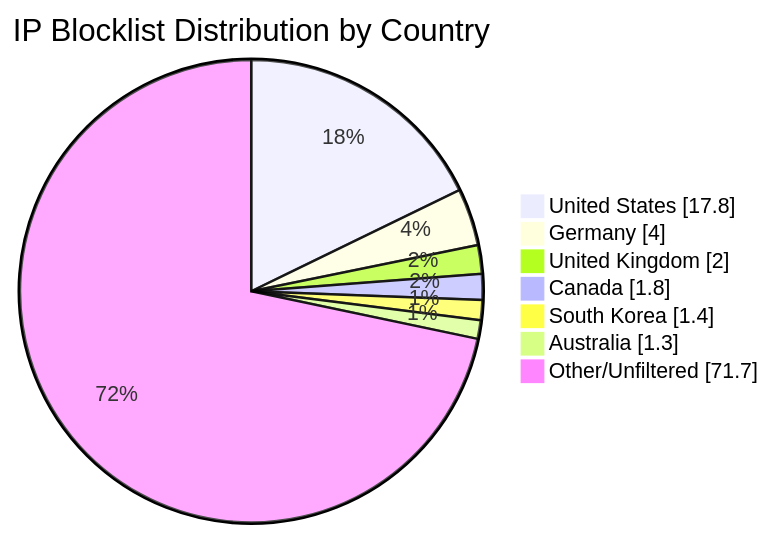
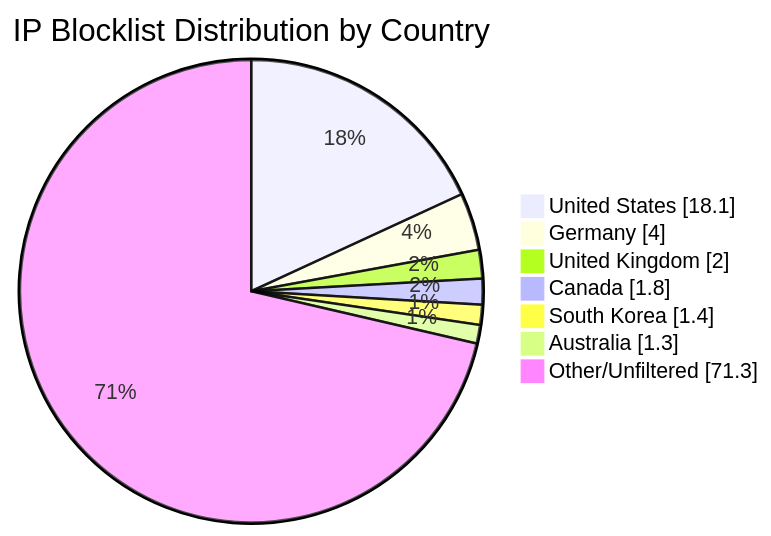
The diagram in README.md (MarcusHoltz/ipblocklist-geofiltered-aggregator), drawn with Mermaid before and after one commit. The commit also changed other lines of this file and 9 other files, not shown here.

````diff
--- a/README.md
+++ b/README.md
@@ -34,10 +34,10 @@
 ```mermaid
 pie showData title IP Blocklist Distribution by Country
-"United States" : 17.8
+"United States" : 18.1
 "Germany" : 4.0
 "United Kingdom" : 2.0
 "Canada" : 1.8
 "South Korea" : 1.4
 "Australia" : 1.3
-"Other/Unfiltered" : 71.7
+"Other/Unfiltered" : 71.3
 ```
````
